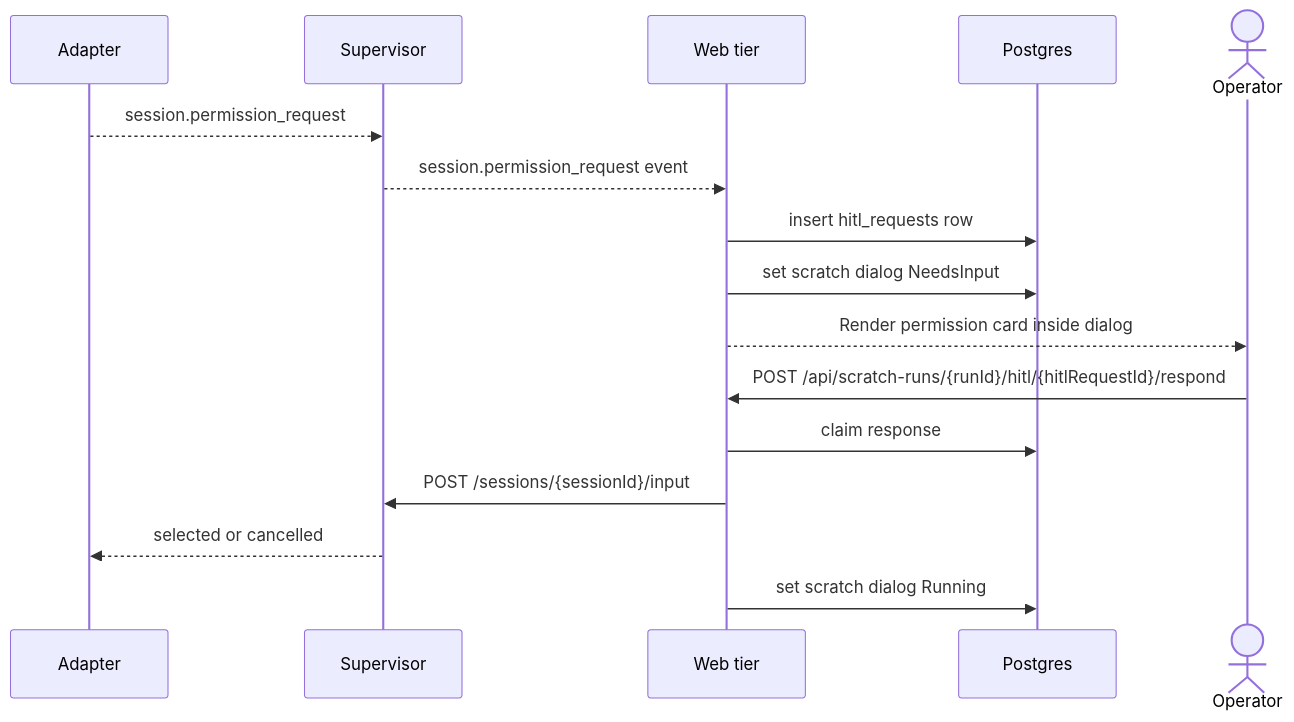
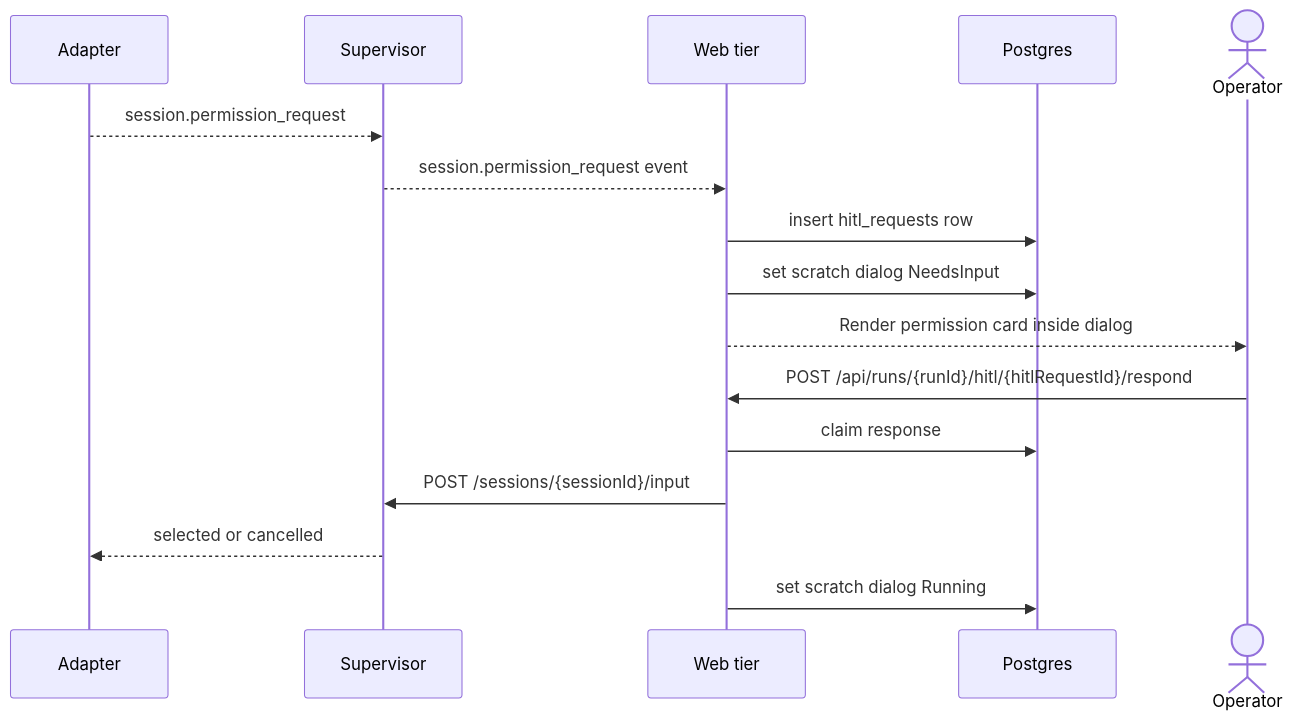
One commit to maister-dev/maister changed the fourth of 5 diagrams in docs/system-analytics/scratch-runs.md. Above: the diagram before and after it, drawn with Mermaid. The commit also changed other lines of this file and 13 other files, not shown here.

Commit message:
docs: specify scratch run contracts

````diff
--- a/docs/system-analytics/scratch-runs.md
+++ b/docs/system-analytics/scratch-runs.md
@@ -147,19 +176,19 @@
 ```mermaid
 sequenceDiagram
     participant A as Adapter
     participant SV as Supervisor
     participant W as Web tier
     participant DB as Postgres
     actor U as Operator
 
     A-->>SV: session.permission_request
     SV-->>W: session.permission_request event
     W->>DB: insert hitl_requests row
     W->>DB: set scratch dialog NeedsInput
     W-->>U: Render permission card inside dialog
-    U->>W: POST /api/scratch-runs/{runId}/hitl/{hitlRequestId}/respond
+    U->>W: POST /api/runs/{runId}/hitl/{hitlRequestId}/respond
     W->>DB: claim response
     W->>SV: POST /sessions/{sessionId}/input
     SV-->>A: selected or cancelled
     W->>DB: set scratch dialog Running
 ```
````
